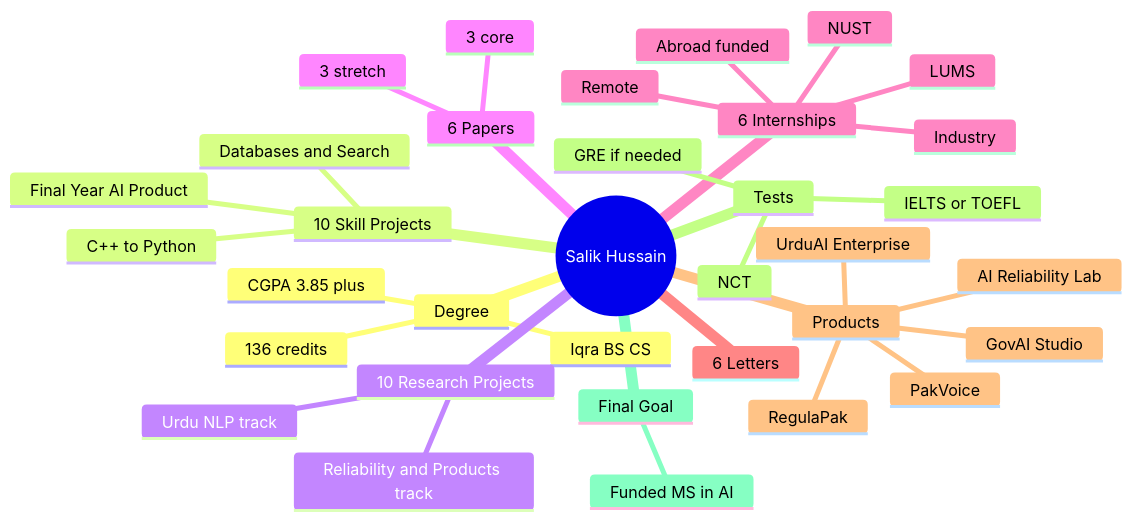
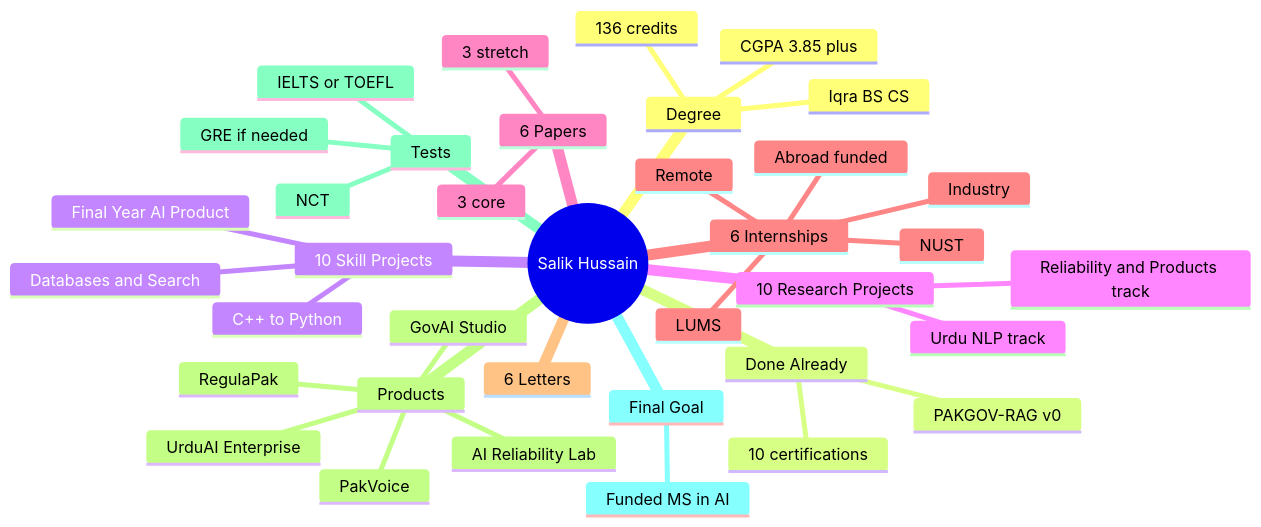
The second of 9 diagrams in README.md (salikhussain71-code/salikhussain71-code), drawn with Mermaid before and after one commit. The commit also changed other lines of this file, not shown here.

````diff
--- a/README.md
+++ b/README.md
@@ -97,37 +121,40 @@
 ```mermaid
 mindmap
   root((Salik Hussain))
     Degree
       Iqra BS CS
       136 credits
       CGPA 3.85 plus
+    Done Already
+      10 certifications
+      PAKGOV-RAG v0
     10 Skill Projects
       C++ to Python
       Databases and Search
       Final Year AI Product
     10 Research Projects
       Urdu NLP track
       Reliability and Products track
     6 Papers
       3 core
       3 stretch
     6 Internships
       LUMS
       NUST
       Abroad funded
       Remote
       Industry
     6 Letters
     Products
       AI Reliability Lab
       GovAI Studio
       UrduAI Enterprise
       RegulaPak
       PakVoice
     Tests
       NCT
       IELTS or TOEFL
       GRE if needed
     Final Goal
       Funded MS in AI
 ```
````
